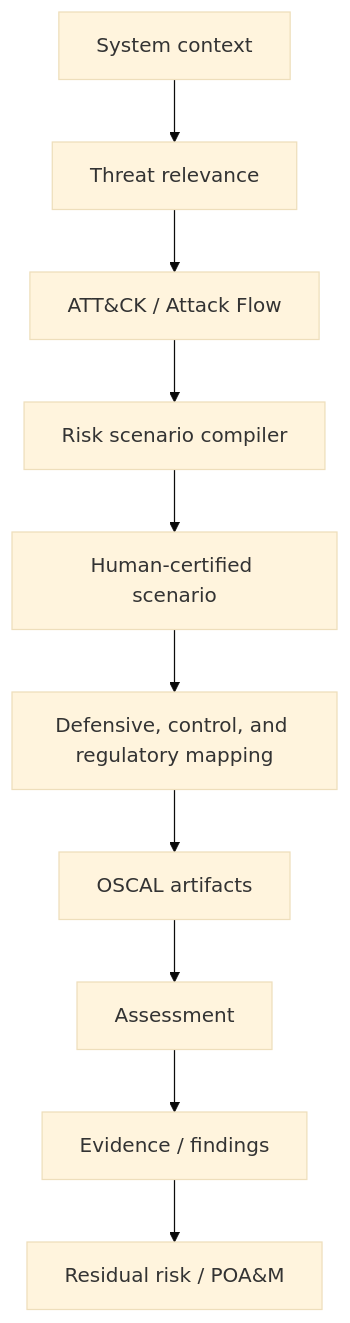
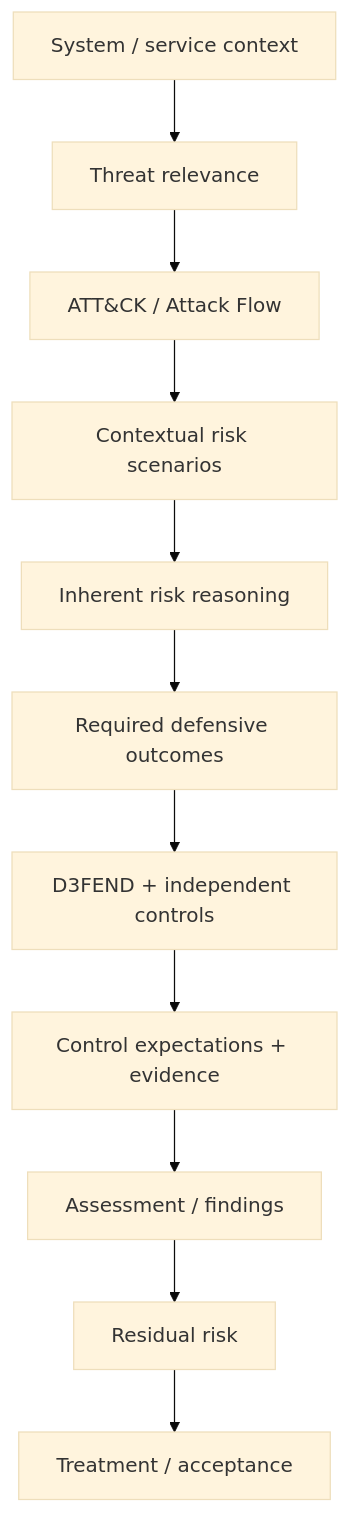
The diagram in README.md (0xmichail/ToBeDecidedLater), drawn with Mermaid (base theme) before and after one commit. The commit also changed other lines of this file, not shown here.

Commit message:
Clarify project as cyber risk methodology engine

````diff
--- a/README.md
+++ b/README.md
@@ -46,13 +47,13 @@
 ```mermaid
 flowchart TD
-    A[System context] --> B[Threat relevance]
+    A[System / service context] --> B[Threat relevance]
     B --> C[ATT&CK / Attack Flow]
-    C --> D[Risk scenario compiler]
-    D --> E[Human-certified scenario]
-
-    E --> F[Defensive, control, and regulatory mapping]
-    F --> G[OSCAL artifacts]
-    G --> H[Assessment]
-    H --> I[Evidence / findings]
-    I --> J[Residual risk / POA&M]
+    C --> D[Contextual risk scenarios]
+    D --> E[Inherent risk reasoning]
+    E --> F[Required defensive outcomes]
+    F --> G[D3FEND + independent controls]
+    G --> H[Control expectations + evidence]
+    H --> I[Assessment / findings]
+    I --> J[Residual risk]
+    J --> K[Treatment / acceptance]
 ```
````
